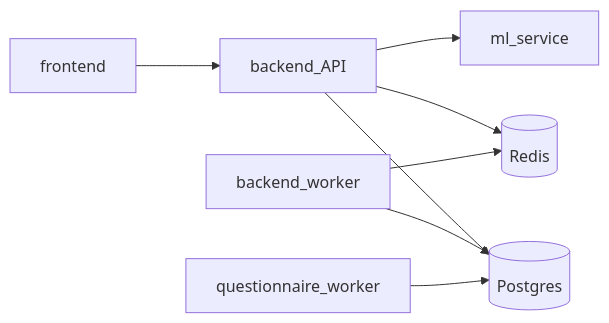
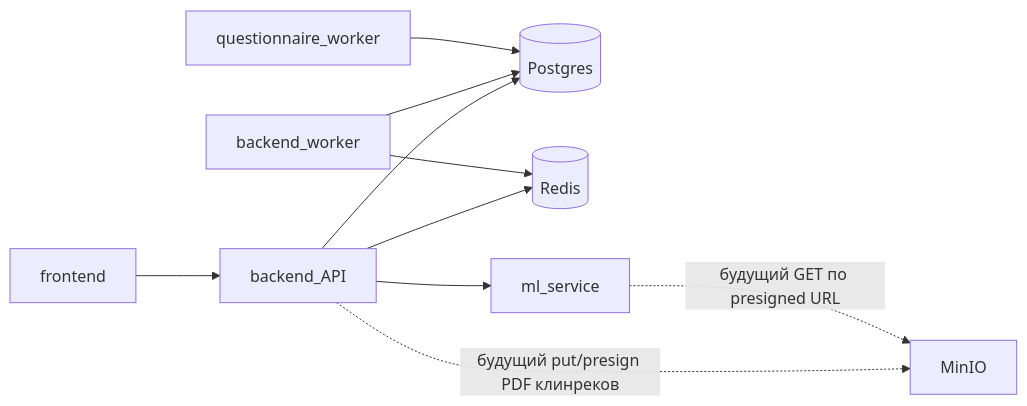
The diagram in backend/docs/architecture.md (TGVERSION/vismuth-dental), drawn with Mermaid before and after one commit. The commit also changed other lines of this file and 3 other files, not shown here.

````diff
--- a/backend/docs/architecture.md
+++ b/backend/docs/architecture.md
@@ -47,18 +47,21 @@
 ```mermaid
 flowchart LR
   frontend[frontend]
   backend[backend_API]
   worker[backend_worker]
   qWorker[questionnaire_worker]
   db[(Postgres)]
   redis[(Redis)]
   ml[ml_service]
+  minio[MinIO]
 
   frontend --> backend
   backend --> db
   backend --> redis
   backend --> ml
+  backend -.->|"будущий put/presign PDF клинреков"| minio
+  ml -.->|"будущий GET по presigned URL"| minio
   worker --> redis
   worker --> db
   qWorker --> db
 ```
````
